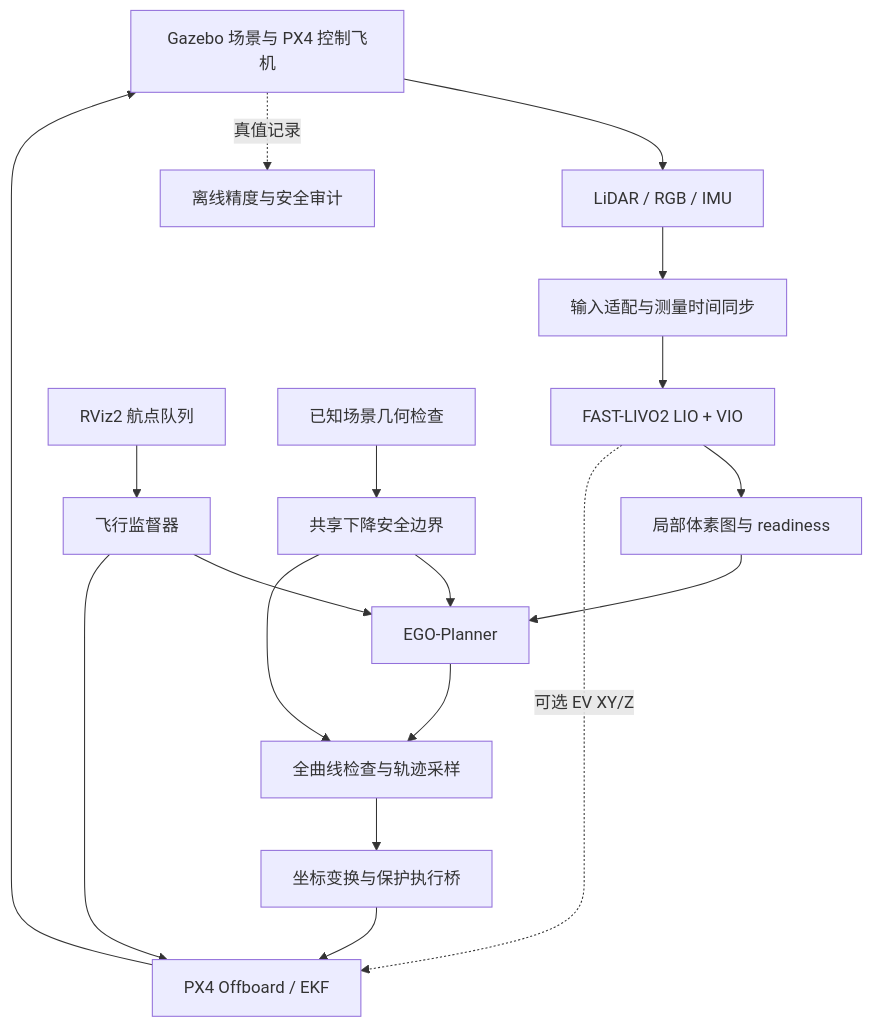
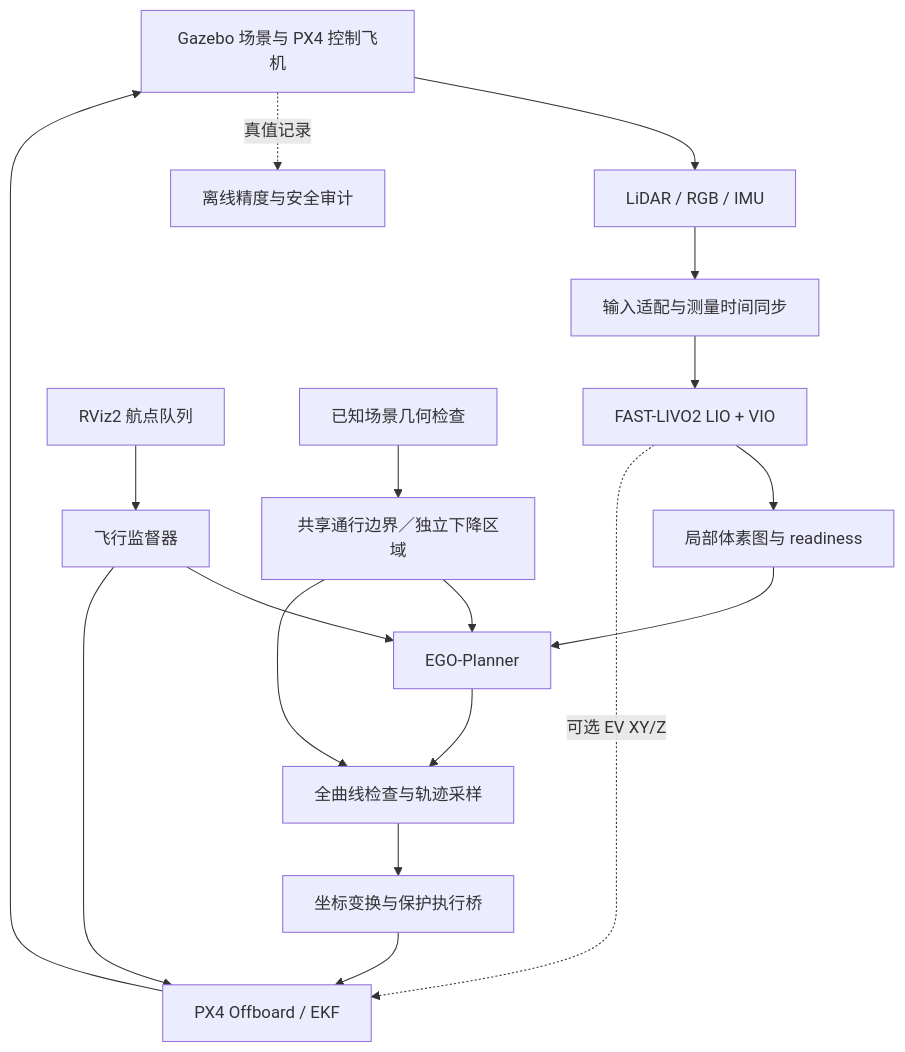
One commit to ShuWei-2024/XT-Drone2 changed the diagram in docs/ARCHITECTURE.md. Above: the diagram before and after it, drawn with Mermaid. The commit also changed other lines of this file and 23 other files, not shown here.

````diff
--- a/docs/ARCHITECTURE.md
+++ b/docs/ARCHITECTURE.md
@@ -7,20 +7,20 @@
 ```mermaid
 flowchart TD
     WORLD[Gazebo 场景与 PX4 控制飞机] --> SENSOR[LiDAR / RGB / IMU]
     SENSOR --> ADAPTER[输入适配与测量时间同步]
     ADAPTER --> LIVO[FAST-LIVO2 LIO + VIO]
     LIVO --> MAP[局部体素图与 readiness]
     MAP --> EGO[EGO-Planner]
     UI[RViz2 航点队列] --> SUP[飞行监督器]
     SUP --> EGO
-    GEOM[已知场景几何检查] --> ENV[共享下降安全边界]
+    GEOM[已知场景几何检查] --> ENV[共享通行边界／独立下降区域]
     ENV --> EGO
     ENV --> PREVIEW[全曲线检查与轨迹采样]
     EGO --> PREVIEW
     PREVIEW --> BRIDGE[坐标变换与保护执行桥]
     BRIDGE --> PX4[PX4 Offboard / EKF]
     SUP --> PX4
     PX4 --> WORLD
     LIVO -. 可选 EV XY/Z .-> PX4
     WORLD -. 真值记录 .-> AUDIT[离线精度与安全审计]
 ```
````
